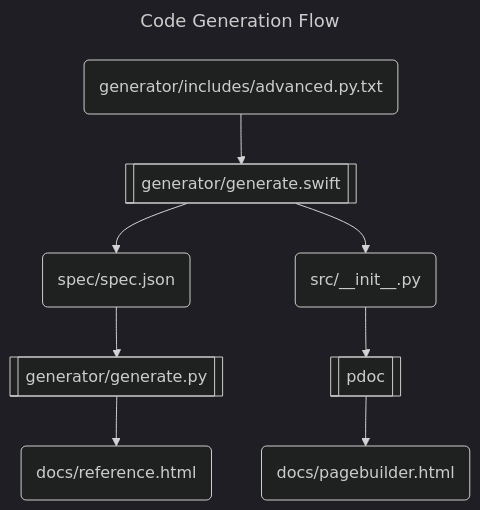
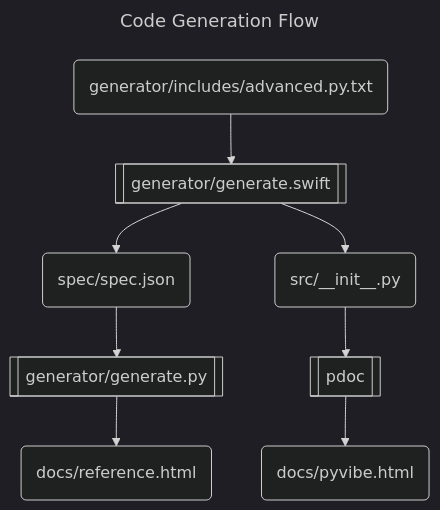
The diagram in CONTRIBUTING.md (pycob/pyvibe), drawn with Mermaid (dark theme) before and after one commit. The commit also changed other lines of this file and 10 other files, not shown here.

````diff
--- a/CONTRIBUTING.md
+++ b/CONTRIBUTING.md
@@ -6,13 +6,13 @@
 ```mermaid
 ---
 title: Code Generation Flow
 ---
 flowchart TD
     advanced(generator/includes/advanced.py.txt) --> generate.swift[[generator/generate.swift]]
     generate.swift --> spec(spec/spec.json)
     generate.swift --> init(src/__init__.py)
     spec --> generate.py[[generator/generate.py]]
     generate.py --> reference(docs/reference.html)
     init --> pdoc[[pdoc]]
-    pdoc --> pagebuilder.html(docs/pagebuilder.html)
+    pdoc --> pyvibe.html(docs/pyvibe.html)
 ```
````
